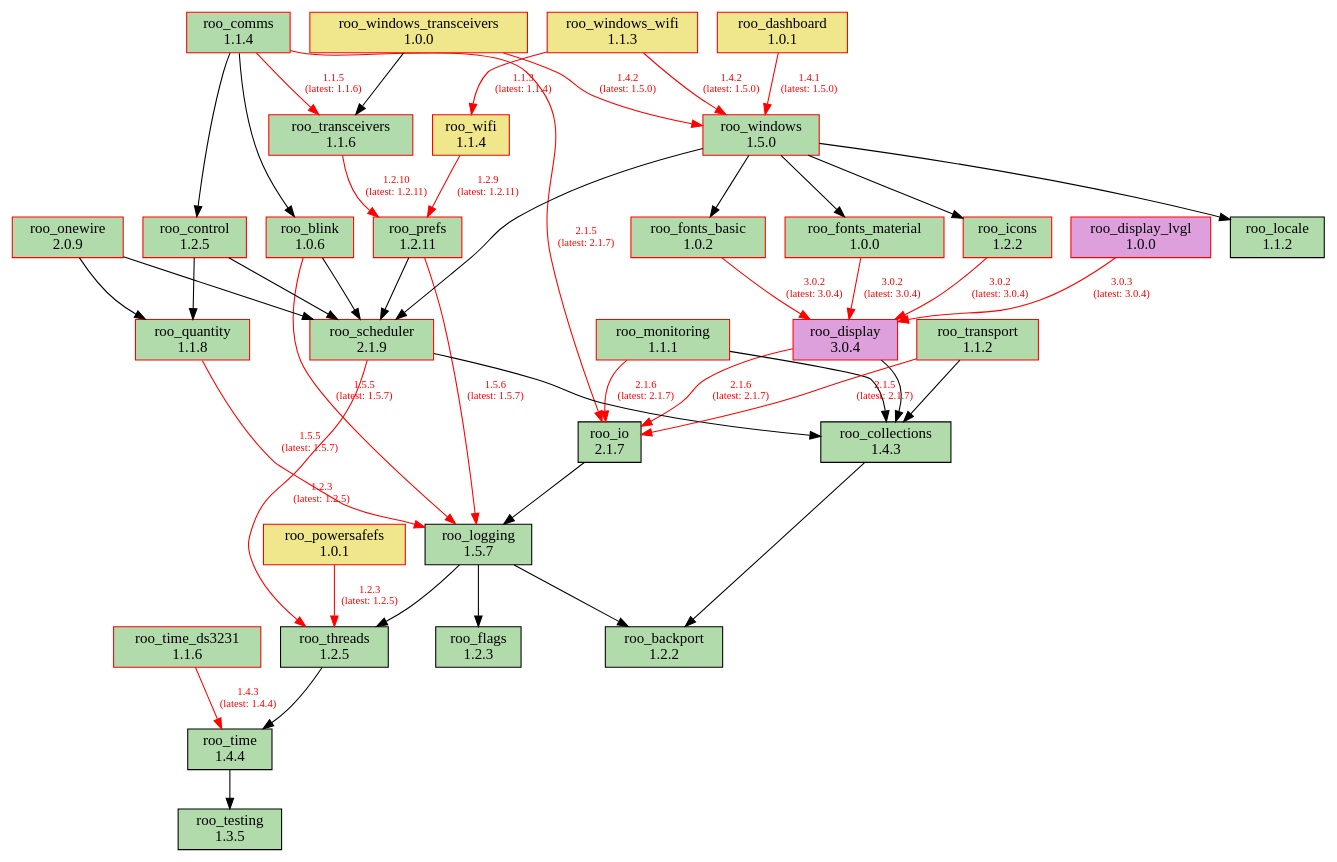
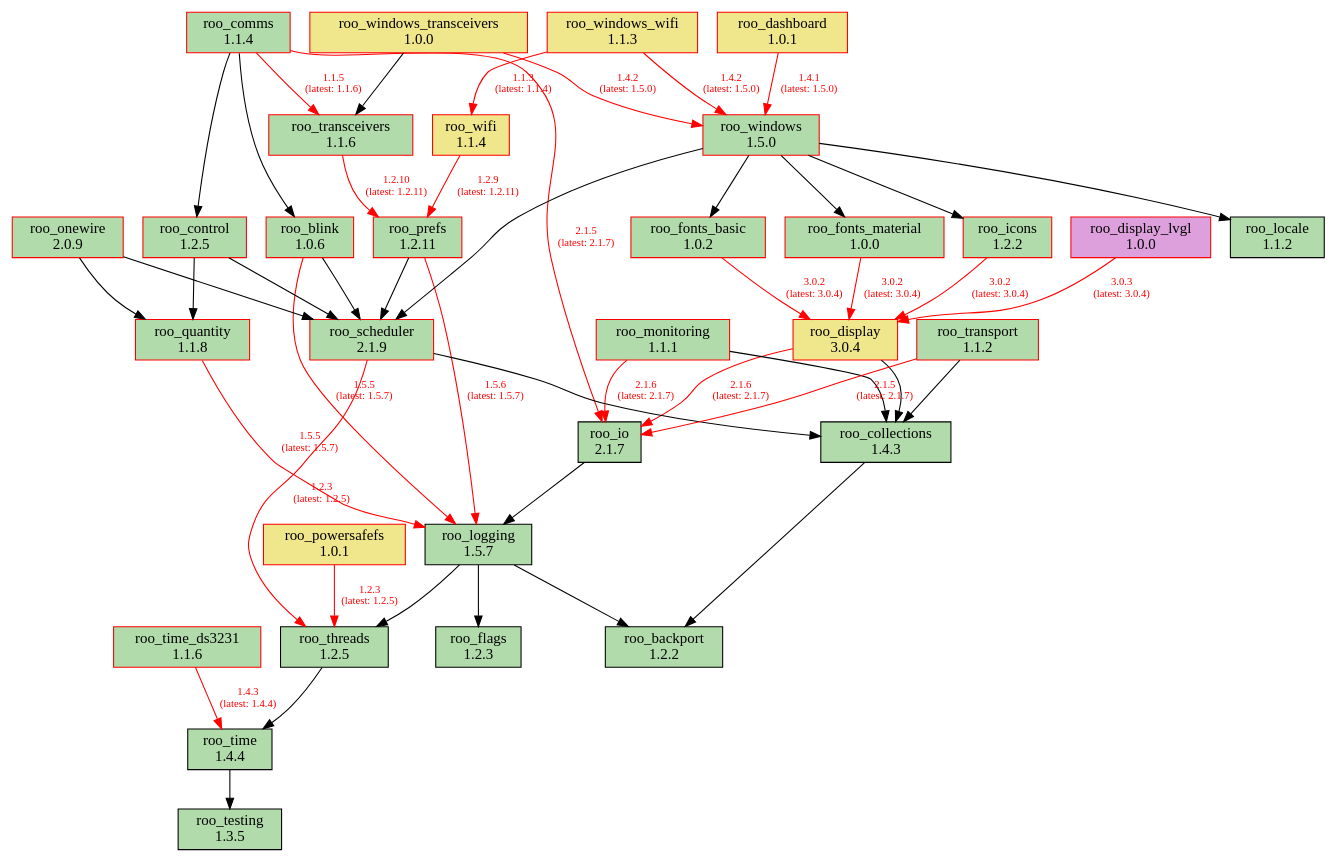
Before and after one commit to dejwk/roo-registry: the diagram in doc/dependencies.dot, drawn with Graphviz. The commit also changed 1 other file, not shown here.

```diff
--- a/doc/dependencies.dot
+++ b/doc/dependencies.dot
@@ -1,86 +1,86 @@
 digraph dependencies {
     rankdir=TB;
     node [shape=box, style=filled];
     edge [fontsize=10];
 
     // Modules
     "roo_backport" [label="roo_backport\n1.2.2", fillcolor="#b1dbab", color="black"];
     "roo_blink" [label="roo_blink\n1.0.6", fillcolor="#b1dbab", color="red"];
     "roo_collections" [label="roo_collections\n1.4.3", fillcolor="#b1dbab", color="black"];
     "roo_comms" [label="roo_comms\n1.1.4", fillcolor="#b1dbab", color="red"];
     "roo_control" [label="roo_control\n1.2.5", fillcolor="#b1dbab", color="red"];
     "roo_dashboard" [label="roo_dashboard\n1.0.1", fillcolor="khaki", color="red"];
-    "roo_display" [label="roo_display\n3.0.4", fillcolor="plum", color="red"];
+    "roo_display" [label="roo_display\n3.0.4", fillcolor="khaki", color="red"];
     "roo_display_lvgl" [label="roo_display_lvgl\n1.0.0", fillcolor="plum", color="red"];
     "roo_flags" [label="roo_flags\n1.2.3", fillcolor="#b1dbab", color="black"];
     "roo_fonts_basic" [label="roo_fonts_basic\n1.0.2", fillcolor="#b1dbab", color="red"];
     "roo_fonts_material" [label="roo_fonts_material\n1.0.0", fillcolor="#b1dbab", color="red"];
     "roo_icons" [label="roo_icons\n1.2.2", fillcolor="#b1dbab", color="red"];
     "roo_io" [label="roo_io\n2.1.7", fillcolor="#b1dbab", color="black"];
     "roo_locale" [label="roo_locale\n1.1.2", fillcolor="#b1dbab", color="black"];
     "roo_logging" [label="roo_logging\n1.5.7", fillcolor="#b1dbab", color="black"];
     "roo_monitoring" [label="roo_monitoring\n1.1.1", fillcolor="#b1dbab", color="red"];
     "roo_onewire" [label="roo_onewire\n2.0.9", fillcolor="#b1dbab", color="red"];
     "roo_powersafefs" [label="roo_powersafefs\n1.0.1", fillcolor="khaki", color="red"];
     "roo_prefs" [label="roo_prefs\n1.2.11", fillcolor="#b1dbab", color="red"];
     "roo_quantity" [label="roo_quantity\n1.1.8", fillcolor="#b1dbab", color="red"];
     "roo_scheduler" [label="roo_scheduler\n2.1.9", fillcolor="#b1dbab", color="red"];
     "roo_testing" [label="roo_testing\n1.3.5", fillcolor="#b1dbab", color="black"];
     "roo_threads" [label="roo_threads\n1.2.5", fillcolor="#b1dbab", color="black"];
     "roo_time" [label="roo_time\n1.4.4", fillcolor="#b1dbab", color="black"];
     "roo_time_ds3231" [label="roo_time_ds3231\n1.1.6", fillcolor="#b1dbab", color="red"];
     "roo_transceivers" [label="roo_transceivers\n1.1.6", fillcolor="#b1dbab", color="red"];
     "roo_transport" [label="roo_transport\n1.1.2", fillcolor="#b1dbab", color="red"];
     "roo_wifi" [label="roo_wifi\n1.1.4", fillcolor="khaki", color="red"];
     "roo_windows" [label="roo_windows\n1.5.0", fillcolor="#b1dbab", color="red"];
     "roo_windows_transceivers" [label="roo_windows_transceivers\n1.0.0", fillcolor="khaki", color="red"];
     "roo_windows_wifi" [label="roo_windows_wifi\n1.1.3", fillcolor="khaki", color="red"];
 
     // Dependencies
     "roo_blink" -> "roo_logging" [color=red, fontcolor=red, label="1.5.5\n(latest: 1.5.7)"];
     "roo_blink" -> "roo_scheduler";
     "roo_collections" -> "roo_backport";
     "roo_comms" -> "roo_blink";
     "roo_comms" -> "roo_control";
     "roo_comms" -> "roo_io" [color=red, fontcolor=red, label="2.1.5\n(latest: 2.1.7)"];
     "roo_comms" -> "roo_transceivers" [color=red, fontcolor=red, label="1.1.5\n(latest: 1.1.6)"];
     "roo_control" -> "roo_quantity";
     "roo_control" -> "roo_scheduler";
     "roo_dashboard" -> "roo_windows" [color=red, fontcolor=red, label="1.4.1\n(latest: 1.5.0)"];
     "roo_display" -> "roo_collections";
     "roo_display" -> "roo_io" [color=red, fontcolor=red, label="2.1.6\n(latest: 2.1.7)"];
     "roo_display_lvgl" -> "roo_display" [color=red, fontcolor=red, label="3.0.3\n(latest: 3.0.4)"];
     "roo_fonts_basic" -> "roo_display" [color=red, fontcolor=red, label="3.0.2\n(latest: 3.0.4)"];
     "roo_fonts_material" -> "roo_display" [color=red, fontcolor=red, label="3.0.2\n(latest: 3.0.4)"];
     "roo_icons" -> "roo_display" [color=red, fontcolor=red, label="3.0.2\n(latest: 3.0.4)"];
     "roo_io" -> "roo_logging";
     "roo_logging" -> "roo_backport";
     "roo_logging" -> "roo_flags";
     "roo_logging" -> "roo_threads";
     "roo_monitoring" -> "roo_collections";
     "roo_monitoring" -> "roo_io" [color=red, fontcolor=red, label="2.1.6\n(latest: 2.1.7)"];
     "roo_onewire" -> "roo_scheduler";
     "roo_onewire" -> "roo_quantity";
     "roo_powersafefs" -> "roo_threads" [color=red, fontcolor=red, label="1.2.3\n(latest: 1.2.5)"];
     "roo_prefs" -> "roo_logging" [color=red, fontcolor=red, label="1.5.6\n(latest: 1.5.7)"];
     "roo_prefs" -> "roo_scheduler";
     "roo_quantity" -> "roo_logging" [color=red, fontcolor=red, label="1.5.5\n(latest: 1.5.7)"];
     "roo_scheduler" -> "roo_collections";
     "roo_scheduler" -> "roo_threads" [color=red, fontcolor=red, label="1.2.3\n(latest: 1.2.5)"];
     "roo_threads" -> "roo_time";
     "roo_time" -> "roo_testing";
     "roo_time_ds3231" -> "roo_time" [color=red, fontcolor=red, label="1.4.3\n(latest: 1.4.4)"];
     "roo_transceivers" -> "roo_prefs" [color=red, fontcolor=red, label="1.2.10\n(latest: 1.2.11)"];
     "roo_transport" -> "roo_collections";
     "roo_transport" -> "roo_io" [color=red, fontcolor=red, label="2.1.5\n(latest: 2.1.7)"];
     "roo_wifi" -> "roo_prefs" [color=red, fontcolor=red, label="1.2.9\n(latest: 1.2.11)"];
     "roo_windows" -> "roo_fonts_basic";
     "roo_windows" -> "roo_fonts_material";
     "roo_windows" -> "roo_locale";
     "roo_windows" -> "roo_icons";
     "roo_windows" -> "roo_scheduler";
     "roo_windows_transceivers" -> "roo_transceivers";
     "roo_windows_transceivers" -> "roo_windows" [color=red, fontcolor=red, label="1.4.2\n(latest: 1.5.0)"];
     "roo_windows_wifi" -> "roo_wifi" [color=red, fontcolor=red, label="1.1.3\n(latest: 1.1.4)"];
     "roo_windows_wifi" -> "roo_windows" [color=red, fontcolor=red, label="1.4.2\n(latest: 1.5.0)"];
 }
```
